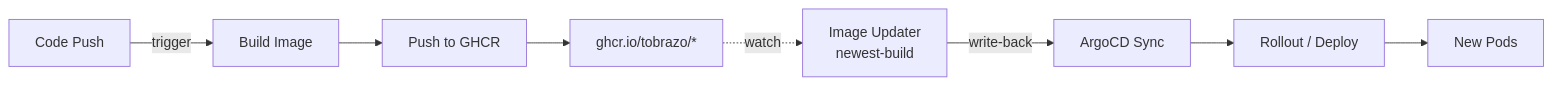
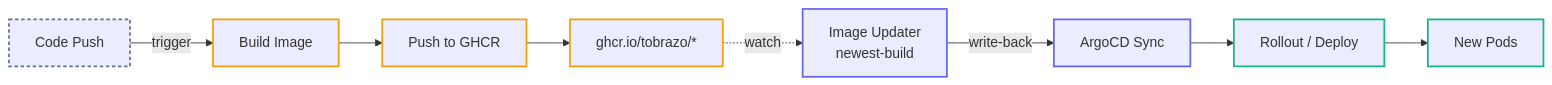
Before and after one commit to tobrazo/devops: the second of 3 diagrams in gitops/README.md, drawn with Mermaid. The commit also changed other lines of this file and 26 other files, not shown here.

````diff
--- a/gitops/README.md
+++ b/gitops/README.md
@@ -61,11 +78,21 @@
 ```mermaid
 flowchart LR
 
-code[Code Push] -->|trigger| build[Build Image]
-build --> push[Push to GHCR]
-push --> image[ghcr.io/tobrazo/*]
-image -.->|watch| updater[Image Updater<br/>newest-build]
-updater -->|write-back| sync[ArgoCD Sync]
-sync --> deploy[Rollout / Deploy]
-deploy --> pods[New Pods]
+code["Code Push"] -->|trigger| build["Build Image"]
+build --> push["Push to GHCR"]
+push --> image["ghcr.io/tobrazo/*"]
+image -.->|watch| updater["Image Updater<br/>newest-build"]
+updater -->|write-back| sync["ArgoCD Sync"]
+sync --> deploy["Rollout / Deploy"]
+deploy --> pods["New Pods"]
+
+classDef edge stroke:#64748b,stroke-width:2px,stroke-dasharray:4 3;
+classDef data stroke:#f59e0b,stroke-width:2px;
+classDef ctrl stroke:#6366f1,stroke-width:2px;
+classDef deliver stroke:#10b981,stroke-width:2px;
+
+class code edge;
+class build,push,image data;
+class updater,sync ctrl;
+class deploy,pods deliver;
 ```
````
